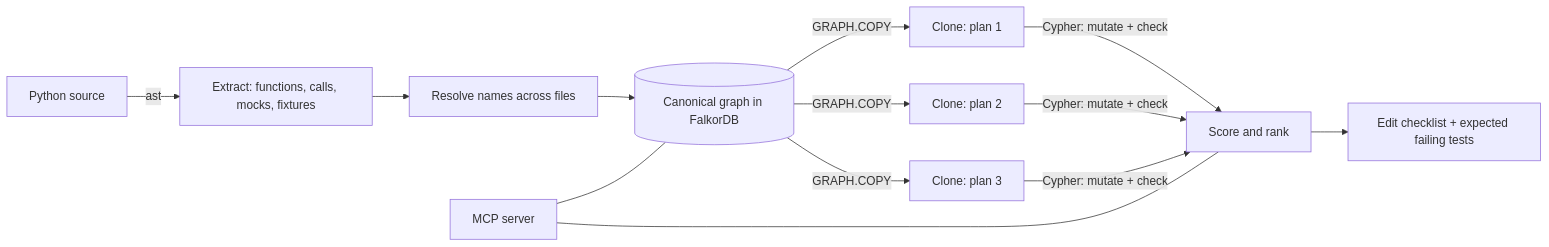
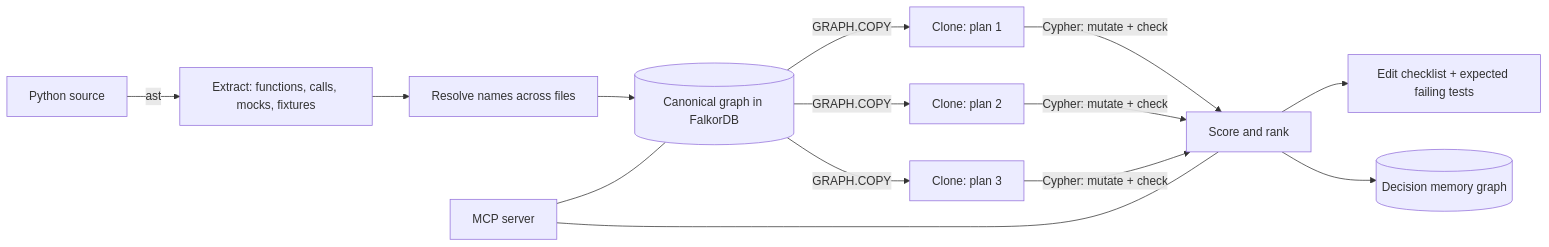
One commit to VigneshPA-30/preflight changed the diagram in README.md. Above: the diagram before and after it, drawn with Mermaid. The commit also changed other lines of this file and 10 other files, not shown here.

````diff
--- a/README.md
+++ b/README.md
@@ -57,13 +159,14 @@
 ```mermaid
 flowchart LR
   A[Python source] -->|ast| B[Extract: functions, calls, mocks, fixtures]
   B --> C[Resolve names across files]
   C --> D[(Canonical graph in FalkorDB)]
   D -->|GRAPH.COPY| E1[Clone: plan 1]
   D -->|GRAPH.COPY| E2[Clone: plan 2]
   D -->|GRAPH.COPY| E3[Clone: plan 3]
   E1 & E2 & E3 -->|Cypher: mutate + check| F[Score and rank]
   F --> G[Edit checklist + expected failing tests]
+  F --> M[(Decision memory graph)]
   H[MCP server] --- D
   H --- F
 ```
````
